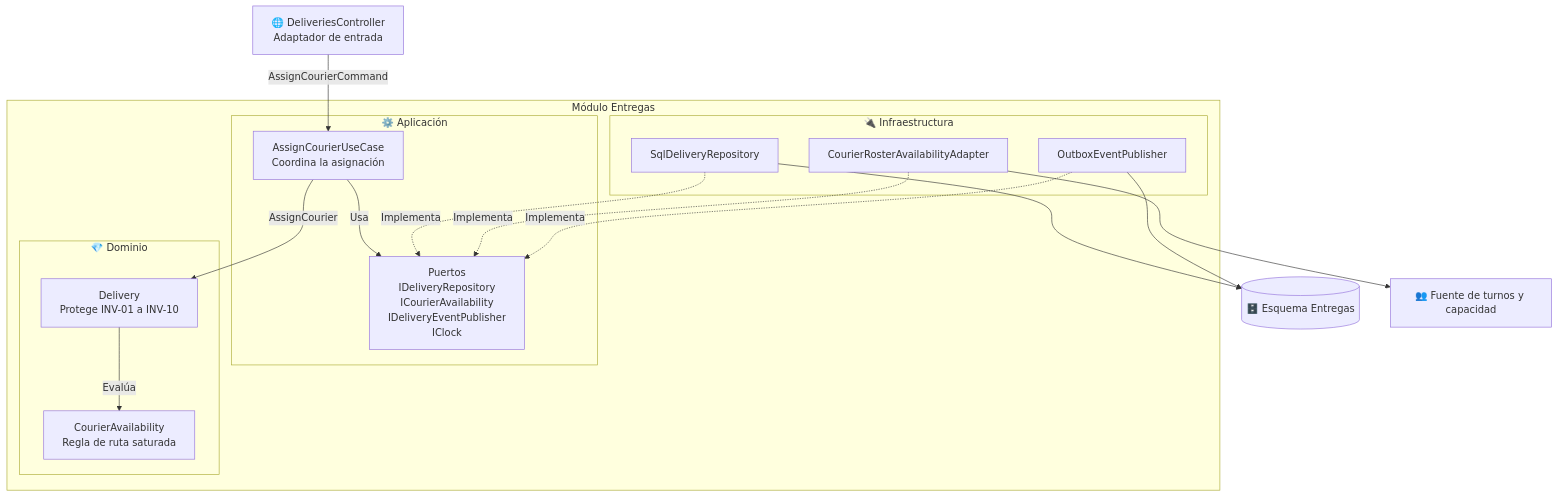
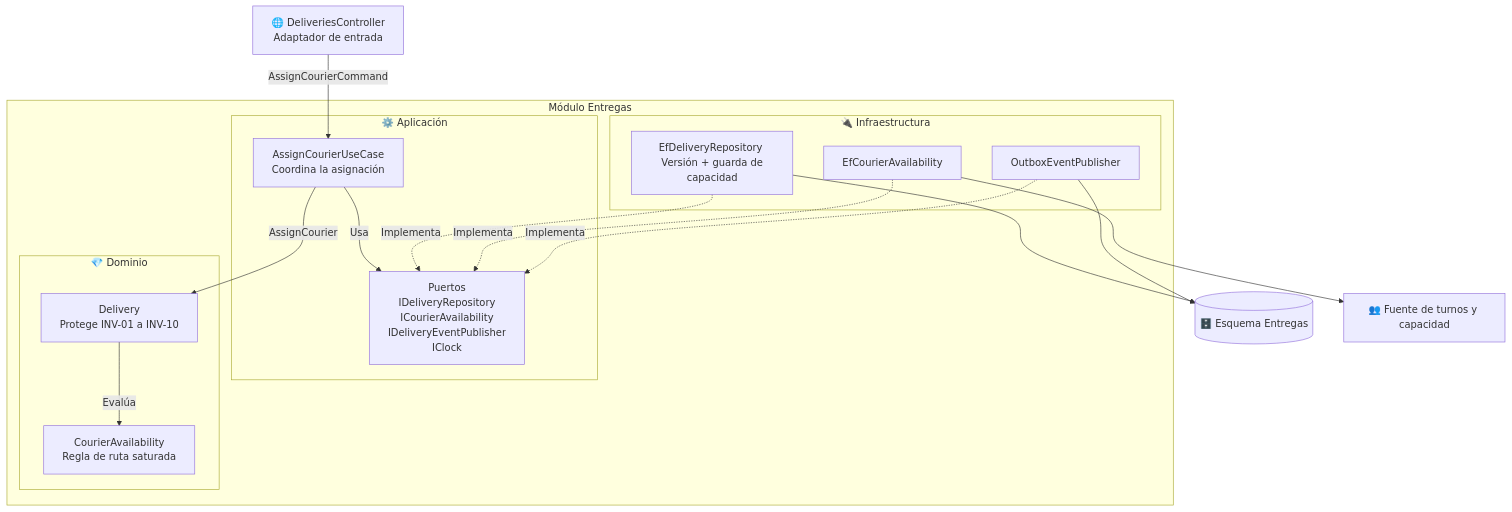
The fourth of 4 diagrams in docs/actividad-3/c4.md (Vasco12xd/Entregables-optativa-II), drawn with Mermaid before and after one commit. The commit also changed other lines of this file and 10 other files, not shown here.

````diff
--- a/docs/actividad-3/c4.md
+++ b/docs/actividad-3/c4.md
@@ -132,38 +132,38 @@
 ```mermaid
 graph TD
     %% Entrada
     Controller[🌐 DeliveriesController <br> Adaptador de entrada]
 
     subgraph Entregas [Módulo Entregas]
         subgraph App [⚙️ Aplicación]
             UseCase[AssignCourierUseCase <br> Coordina la asignación]
             Ports[Puertos <br> IDeliveryRepository <br> ICourierAvailability <br> IDeliveryEventPublisher <br> IClock]
         end
 
         subgraph Dom [💎 Dominio]
             Delivery[Delivery <br> Protege INV-01 a INV-10]
             Availability[CourierAvailability <br> Regla de ruta saturada]
         end
 
         subgraph Infra [🔌 Infraestructura]
-            Repo[SqlDeliveryRepository]
-            Roster[CourierRosterAvailabilityAdapter]
+            Repo[EfDeliveryRepository <br> Versión + guarda de capacidad]
+            Roster[EfCourierAvailability]
             Outbox[OutboxEventPublisher]
         end
     end
 
     BD[(🗄️ Esquema Entregas)]
     Fuente[👥 Fuente de turnos y capacidad]
 
     %% Relaciones
     Controller -->|AssignCourierCommand| UseCase
     UseCase -->|Usa| Ports
     UseCase -->|AssignCourier| Delivery
     Delivery -->|Evalúa| Availability
     Repo -.->|Implementa| Ports
     Roster -.->|Implementa| Ports
     Outbox -.->|Implementa| Ports
     Repo --> BD
     Outbox --> BD
     Roster --> Fuente
 ```
````
